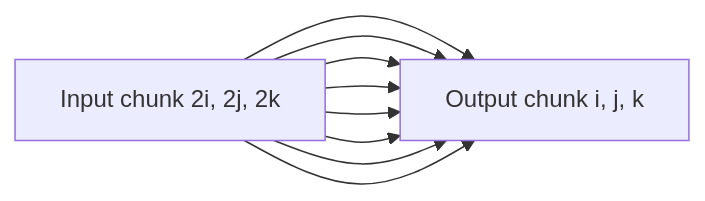
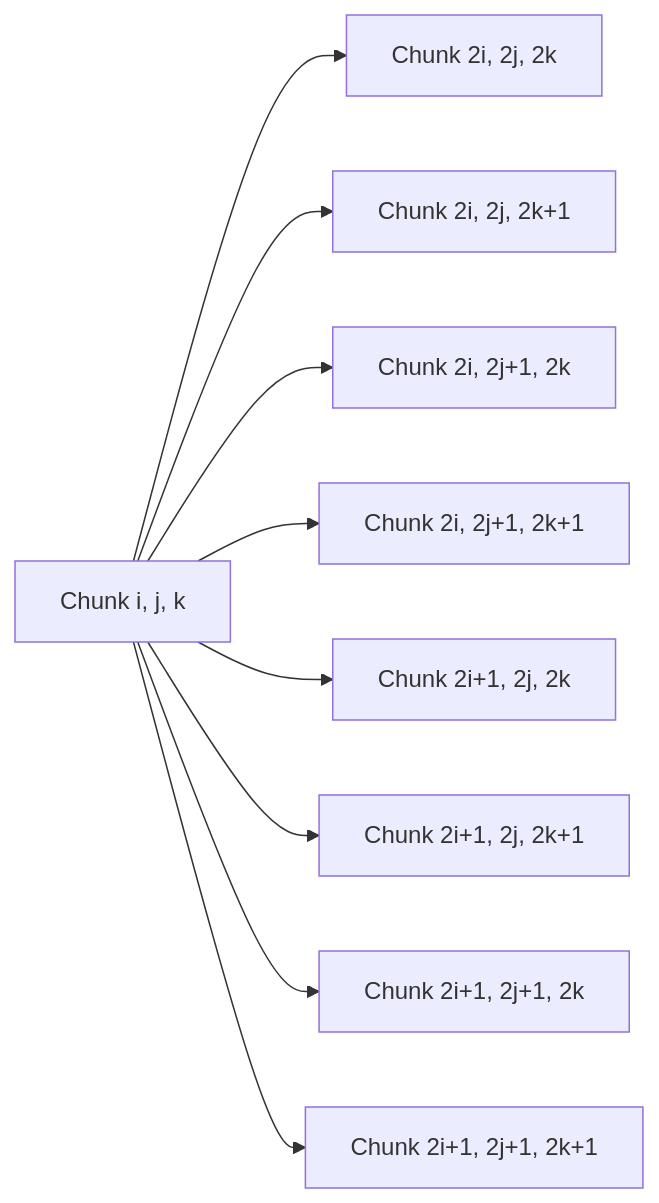
The third of 3 diagrams in book/4-processing.md (HEFTIEProject/heftie-textbook), drawn with Mermaid before and after one commit. The commit also changed other lines of this file, not shown here.

````diff
--- a/book/4-processing.md
+++ b/book/4-processing.md
@@ -198,14 +248,22 @@
 ```{mermaid}
     flowchart LR
-        input_i --> output_i
-        input_i --> output_i
-        input_i --> output_i
-        input_i --> output_i
-        input_i --> output_i
-        input_i --> output_i
-        input_i --> output_i
-        input_i --> output_i
+        output_i --> input_1 
+        output_i --> input_2
+        output_i --> input_3 
+        output_i --> input_4
+        output_i --> input_5 
+        output_i --> input_6
+        output_i --> input_7
+        output_i --> input_8
 
-        input_i["Input chunk 2i, 2j, 2k"]
-        output_i["Output chunk i, j, k"]
+        output_i["Chunk i, j, k"]
+        
+        input_1["Chunk 2i, 2j, 2k"]
+        input_2["Chunk 2i, 2j, 2k+1"]
+        input_3["Chunk 2i, 2j+1, 2k"]
+        input_4["Chunk 2i, 2j+1, 2k+1"]
+        input_5["Chunk 2i+1, 2j, 2k"]
+        input_6["Chunk 2i+1, 2j, 2k+1"]
+        input_7["Chunk 2i+1, 2j+1, 2k"]
+        input_8["Chunk 2i+1, 2j+1, 2k+1"]
 ```
````
